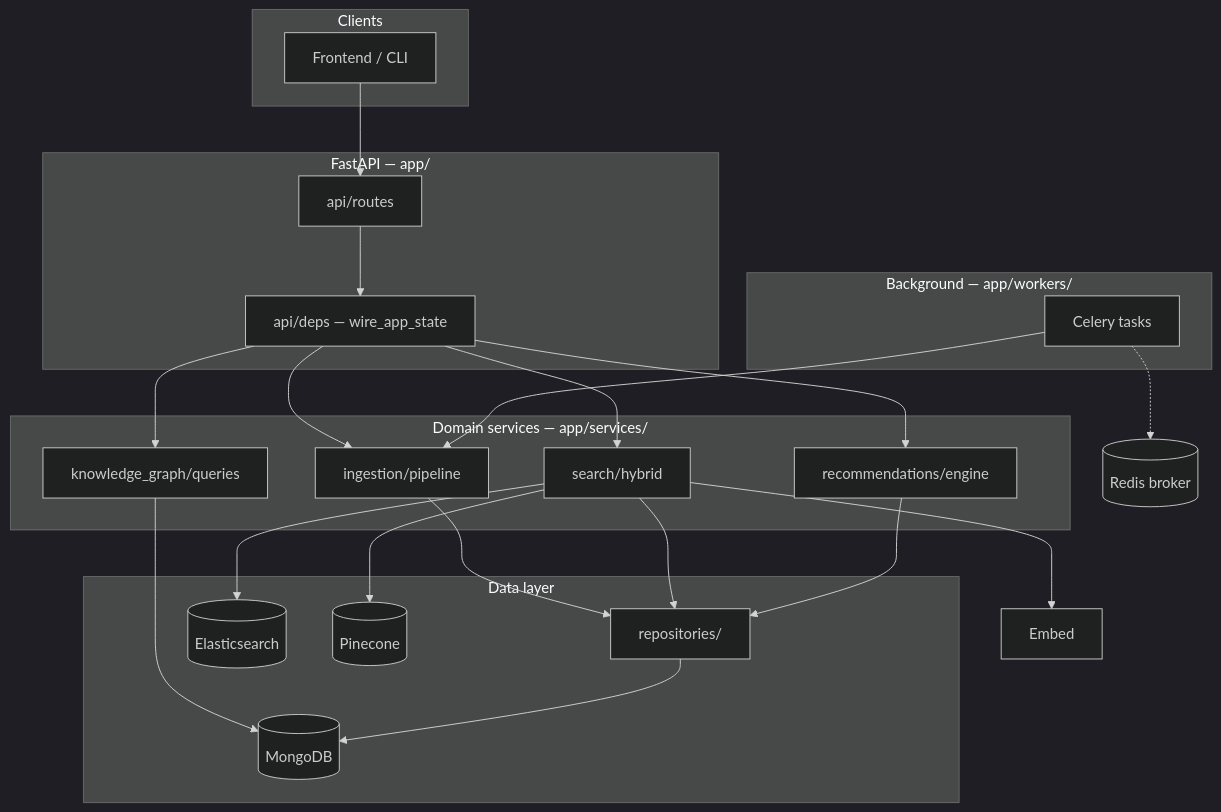
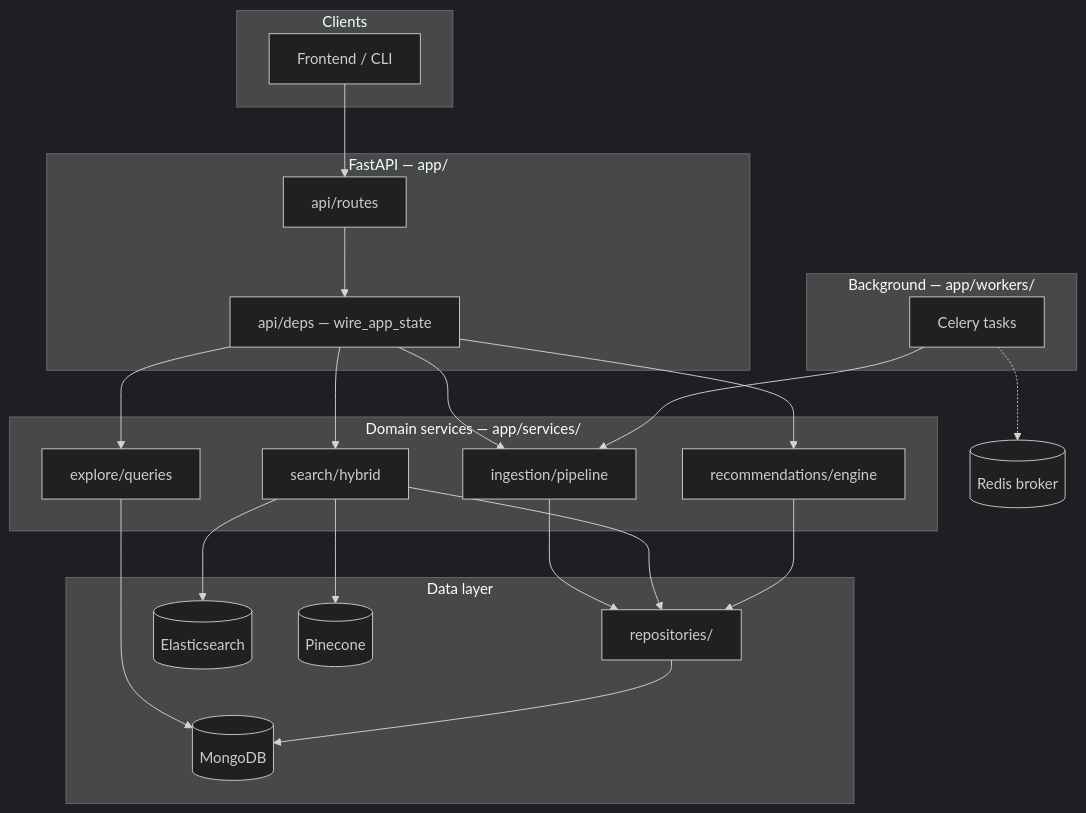
The diagram in README.md (surajkarki66/citexis), drawn with Mermaid (dark theme) before and after one commit. The commit also changed other lines of this file, not shown here.

````diff
--- a/README.md
+++ b/README.md
@@ -19,43 +19,42 @@
 ```mermaid
 flowchart TB
     subgraph clients [Clients]
         UI[Frontend / CLI]
     end
 
     subgraph api [FastAPI — app/]
         Routes[api/routes]
         Deps[api/deps — wire_app_state]
         Routes --> Deps
     end
 
     subgraph services [Domain services — app/services/]
         Ingest[ingestion/pipeline]
         Search[search/hybrid]
         Reco[recommendations/engine]
-        KG[knowledge_graph/queries]
+        Explore[explore/queries]
     end
 
     subgraph data [Data layer]
         Repo[repositories/]
         Mongo[(MongoDB)]
         ES[(Elasticsearch)]
         PC[(Pinecone)]
     end
 
     subgraph workers [Background — app/workers/]
         Celery[Celery tasks]
     end
 
     UI --> Routes
-    Deps --> Ingest & Search & Reco & KG
+    Deps --> Ingest & Search & Reco & Explore
     Ingest --> Repo
     Search --> Repo
     Search --> ES
     Search --> PC
-    Search --> Embed
     Reco --> Repo
-    KG --> Mongo
+    Explore --> Mongo
     Repo --> Mongo
     Celery --> Ingest
     Celery -.-> Redis[(Redis broker)]
 ```
````
